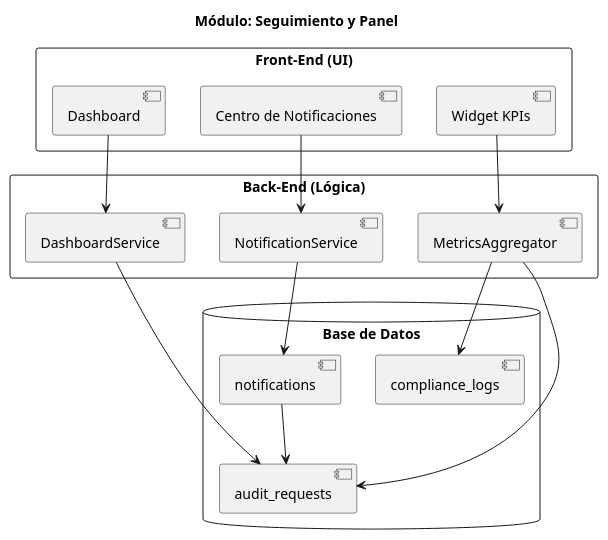
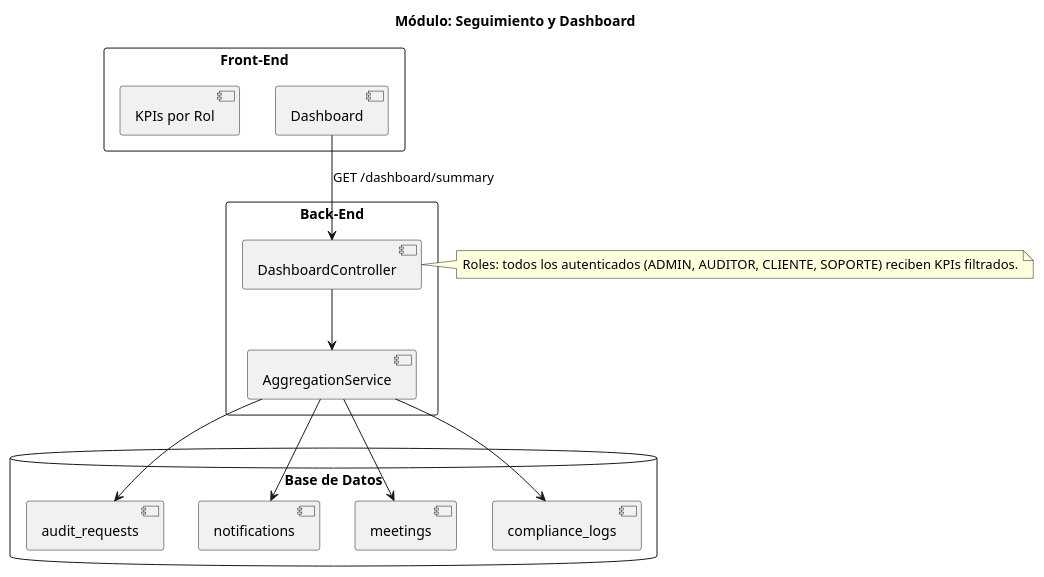
The diagram in docs/plantuml/seguimiento.puml (Orlamrt/SistemaContableISW), drawn with PlantUML before and after one commit. The commit also changed 48 other files, not shown here.

```diff
--- a/docs/plantuml/seguimiento.puml
+++ b/docs/plantuml/seguimiento.puml
@@ -1,31 +1,32 @@
 @startuml
-title Módulo: Seguimiento y Panel
+title Módulo: Seguimiento y Dashboard
 
-rectangle "Front-End (UI)" {
+rectangle "Front-End" {
   [Dashboard]
-  [Widget KPIs]
-  [Centro de Notificaciones]
+  [KPIs por Rol]
 }
 
-rectangle "Back-End (Lógica)" {
-  [DashboardService]
-  [NotificationService]
-  [MetricsAggregator]
+rectangle "Back-End" {
+  [DashboardController]
+  [AggregationService]
 }
+
+note right of [DashboardController]
+  Roles: todos los autenticados (ADMIN, AUDITOR, CLIENTE, SOPORTE) reciben KPIs filtrados.
+end note
 
 database "Base de Datos" {
   [audit_requests]
   [notifications]
+  [meetings]
   [compliance_logs]
 }
 
-[Dashboard] --> [DashboardService]
-[Widget KPIs] --> [MetricsAggregator]
-[Centro de Notificaciones] --> [NotificationService]
-[DashboardService] --> [audit_requests]
-[MetricsAggregator] --> [audit_requests]
-[MetricsAggregator] --> [compliance_logs]
-[NotificationService] --> [notifications]
-[notifications] --> [audit_requests]
+[Dashboard] --> [DashboardController] : GET /dashboard/summary
+[DashboardController] --> [AggregationService]
+[AggregationService] --> [audit_requests]
+[AggregationService] --> [notifications]
+[AggregationService] --> [meetings]
+[AggregationService] --> [compliance_logs]
 
 @enduml
```
